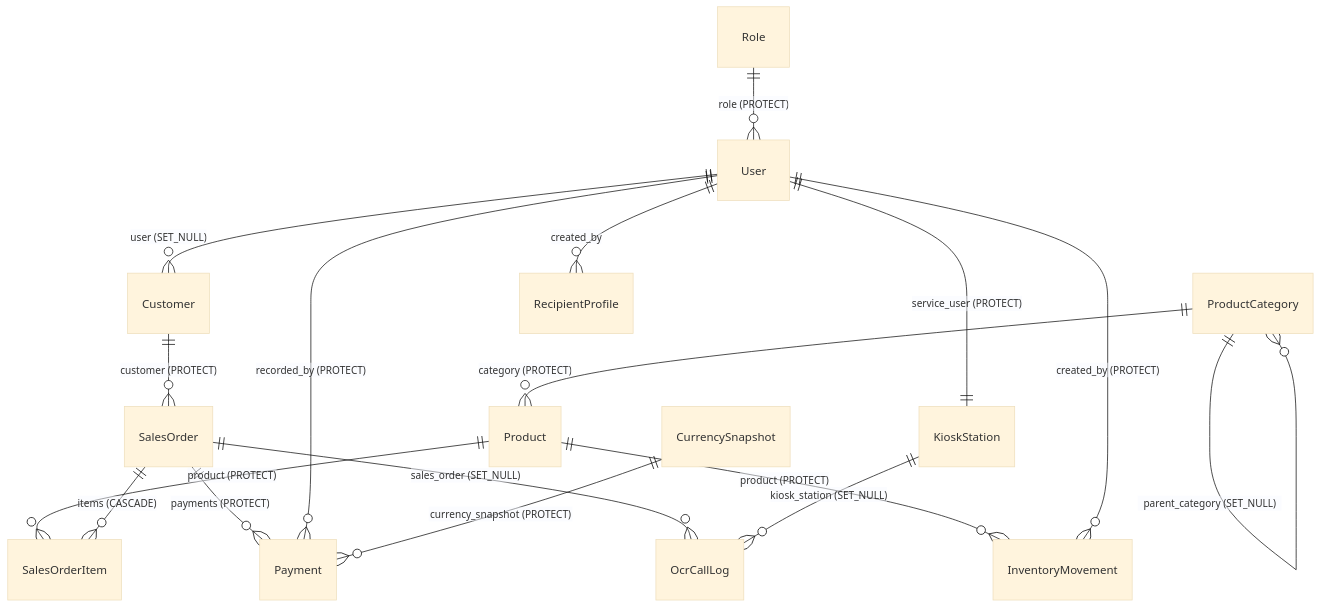
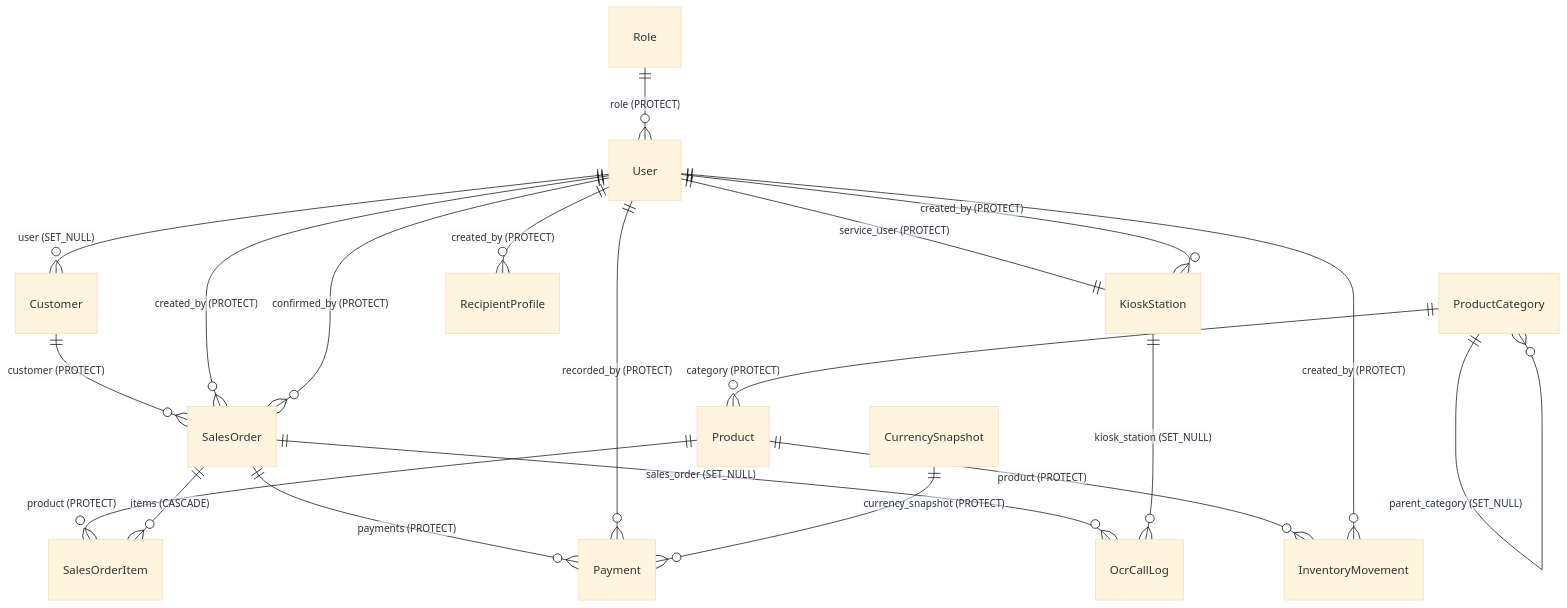
One commit to jp72924/retailops changed the first of 3 diagrams in ARCHITECTURE.md. Above: the diagram before and after it, drawn with Mermaid (base theme). The commit also changed other lines of this file, not shown here.

````diff
--- a/ARCHITECTURE.md
+++ b/ARCHITECTURE.md
@@ -285,19 +335,22 @@
 ```mermaid
 erDiagram
     Role              ||--o{ User : "role (PROTECT)"
     User              ||--o{ Customer : "user (SET_NULL)"
     User              ||--|| KioskStation : "service_user (PROTECT)"
     ProductCategory   ||--o{ ProductCategory : "parent_category (SET_NULL)"
     ProductCategory   ||--o{ Product : "category (PROTECT)"
     Product           ||--o{ SalesOrderItem : "product (PROTECT)"
     Product           ||--o{ InventoryMovement : "product (PROTECT)"
     Customer          ||--o{ SalesOrder : "customer (PROTECT)"
+    User              ||--o{ SalesOrder : "created_by (PROTECT)"
+    User              ||--o{ SalesOrder : "confirmed_by (PROTECT)"
     SalesOrder        ||--o{ SalesOrderItem : "items (CASCADE)"
     SalesOrder        ||--o{ Payment : "payments (PROTECT)"
     SalesOrder        ||--o{ OcrCallLog : "sales_order (SET_NULL)"
     KioskStation      ||--o{ OcrCallLog : "kiosk_station (SET_NULL)"
     User              ||--o{ Payment : "recorded_by (PROTECT)"
     CurrencySnapshot  ||--o{ Payment : "currency_snapshot (PROTECT)"
     User              ||--o{ InventoryMovement : "created_by (PROTECT)"
-    User              ||--o{ RecipientProfile : "created_by"
+    User              ||--o{ RecipientProfile : "created_by (PROTECT)"
+    User              ||--o{ KioskStation : "created_by (PROTECT)"
 ```
````
